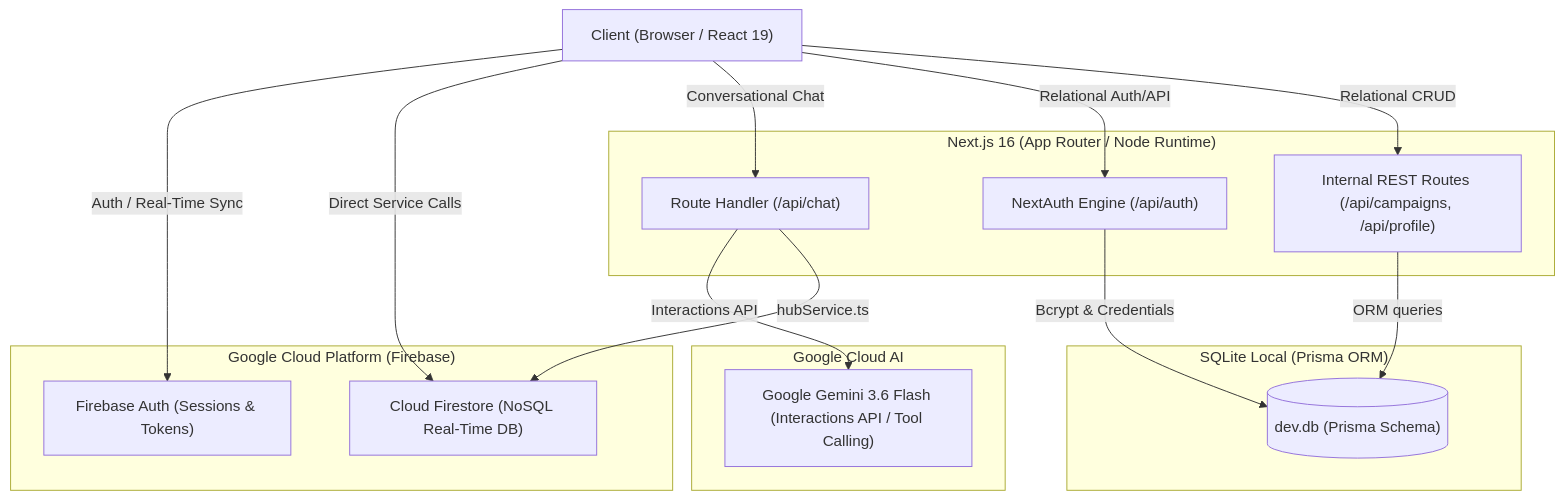
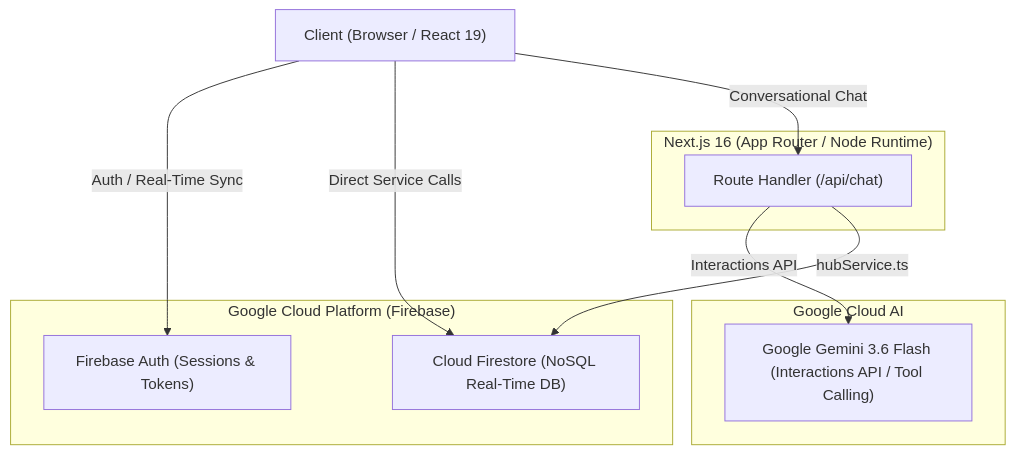
Before and after one commit to flpaugust/influmarket: the first of 2 diagrams in DOC_ARQUITETURA.md, drawn with Mermaid. The commit also changed other lines of this file and 17 other files, not shown here.

Commit message:
refactor: migrate backend storage and authentication from Prisma/SQLite to Firebase Firestore and Auth

````diff
--- a/DOC_ARQUITETURA.md
+++ b/DOC_ARQUITETURA.md
@@ -38,34 +38,24 @@
 ```mermaid
 flowchart TD
     Client["Client (Browser / React 19)"]
     
     subgraph Vercel_NextServer["Next.js 16 (App Router / Node Runtime)"]
-        NextAuth["NextAuth Engine (/api/auth)"]
         ChatRoute["Route Handler (/api/chat)"]
-        PrismaAPI["Internal REST Routes (/api/campaigns, /api/profile)"]
     end
     
     subgraph GCP_Firebase["Google Cloud Platform (Firebase)"]
         FirebaseAuth["Firebase Auth (Sessions & Tokens)"]
         Firestore["Cloud Firestore (NoSQL Real-Time DB)"]
     end
     
     subgraph GoogleAI["Google Cloud AI"]
         GeminiAPI["Google Gemini 3.6 Flash (Interactions API / Tool Calling)"]
     end
 
-    subgraph RelationalLocal["SQLite Local (Prisma ORM)"]
-        SQLiteDB[("dev.db (Prisma Schema)")]
-    end
-
     Client -->|Auth / Real-Time Sync| FirebaseAuth
     Client -->|Direct Service Calls| Firestore
     Client -->|Conversational Chat| ChatRoute
-    Client -->|Relational Auth/API| NextAuth
-    Client -->|Relational CRUD| PrismaAPI
 
     ChatRoute -->|Interactions API| GeminiAPI
     ChatRoute -->|hubService.ts| Firestore
-    PrismaAPI -->|ORM queries| SQLiteDB
-    NextAuth -->|Bcrypt & Credentials| SQLiteDB
 ```
````
